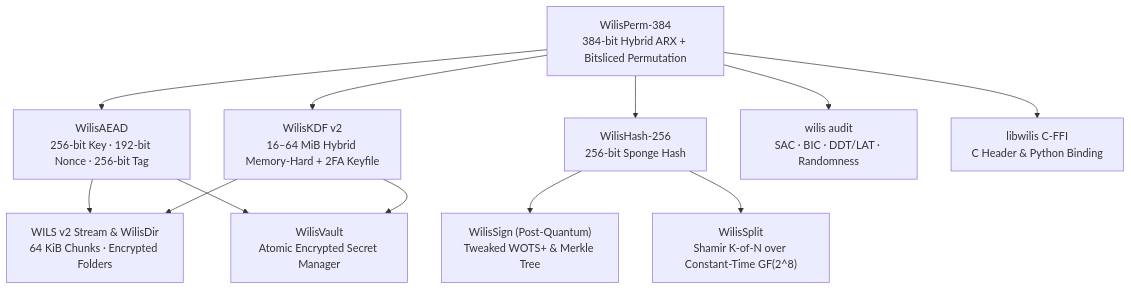
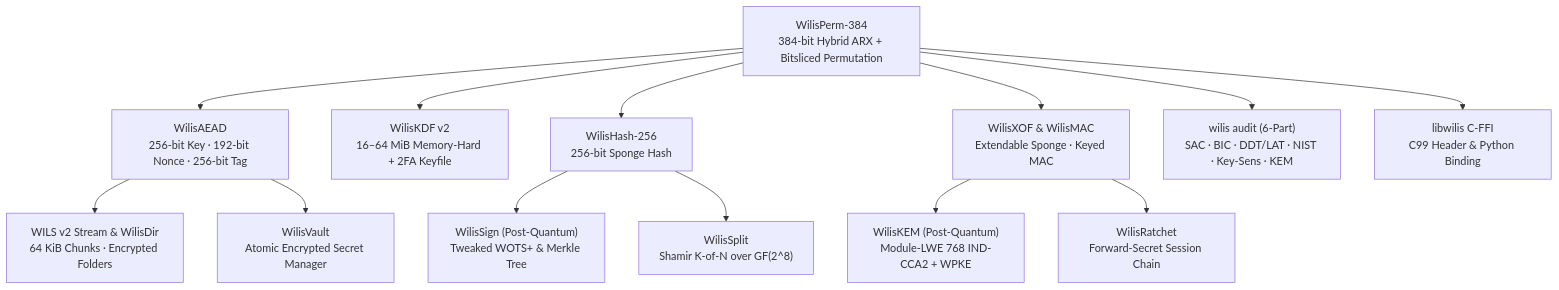
Before and after one commit to wiersect/wilis: the diagram in README.md, drawn with Mermaid. The commit also changed other lines of this file and 38 other files, not shown here.

Commit message:
Wilis v0.4.0: post-quantum Module-LWE KEM, forward-secret ratchet, XOF/MAC, 6-part audit & security fixes

````diff
--- a/README.md
+++ b/README.md
@@ -42,15 +46,16 @@
 ```mermaid
 flowchart TD
     P["WilisPerm-384<br/>384-bit Hybrid ARX + Bitsliced Permutation"]
     P --> AEAD["WilisAEAD<br/>256-bit Key · 192-bit Nonce · 256-bit Tag"]
-    P --> KDF["WilisKDF v2<br/>16–64 MiB Hybrid Memory-Hard + 2FA Keyfile"]
+    P --> KDF["WilisKDF v2<br/>16–64 MiB Memory-Hard + 2FA Keyfile"]
     P --> HASH["WilisHash-256<br/>256-bit Sponge Hash"]
+    P --> XOF["WilisXOF & WilisMAC<br/>Extendable Sponge · Keyed MAC"]
+    XOF --> KEM["WilisKEM (Post-Quantum)<br/>Module-LWE 768 IND-CCA2 + WPKE"]
+    XOF --> RATCHET["WilisRatchet<br/>Forward-Secret Session Chain"]
     HASH --> SIGN["WilisSign (Post-Quantum)<br/>Tweaked WOTS+ & Merkle Tree"]
-    HASH --> SPLIT["WilisSplit<br/>Shamir K-of-N over Constant-Time GF(2^8)"]
+    HASH --> SPLIT["WilisSplit<br/>Shamir K-of-N over GF(2^8)"]
     AEAD --> STREAM["WILS v2 Stream & WilisDir<br/>64 KiB Chunks · Encrypted Folders"]
     AEAD --> VAULT["WilisVault<br/>Atomic Encrypted Secret Manager"]
-    KDF --> STREAM
-    KDF --> VAULT
-    P --> AUDIT["wilis audit<br/>SAC · BIC · DDT/LAT · Randomness"]
-    P --> FFI["libwilis C-FFI<br/>C Header & Python Binding"]
+    P --> AUDIT["wilis audit (6-Part)<br/>SAC · BIC · DDT/LAT · NIST · Key-Sens · KEM"]
+    P --> FFI["libwilis C-FFI<br/>C99 Header & Python Binding"]
 ```
````
